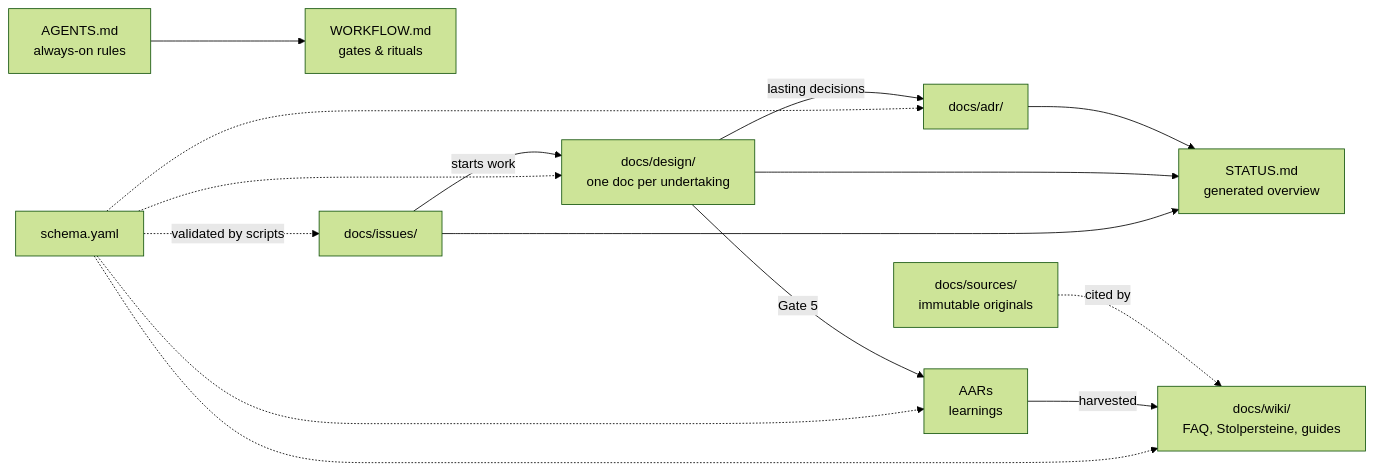
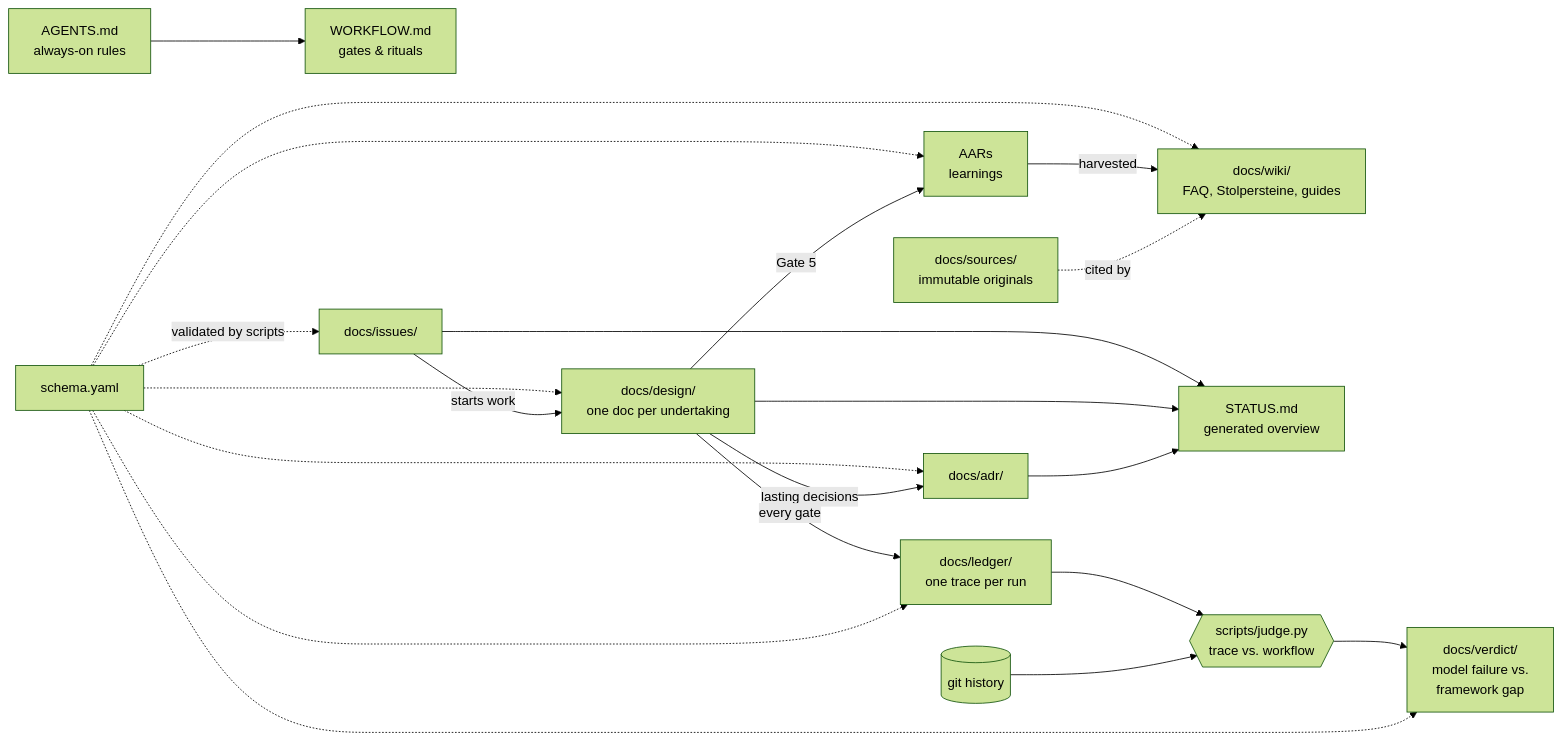
One commit to haloscope/neckbeard changed the second of 2 diagrams in README.md. Above: the diagram before and after it, drawn with Mermaid (forest theme). The commit also changed other lines of this file and 2 other files, not shown here.

````diff
--- a/README.md
+++ b/README.md
@@ -52,17 +58,23 @@
 ```mermaid
 graph LR
     AGENTS[AGENTS.md<br/>always-on rules] --> WF[WORKFLOW.md<br/>gates & rituals]
     SCHEMA[schema.yaml] -. validated by scripts .-> ISS
     SCHEMA -.-> DES
     SCHEMA -.-> ADR
     SCHEMA -.-> AAR
     SCHEMA -.-> WIKI
     ISS[docs/issues/] -- starts work --> DES[docs/design/<br/>one doc per undertaking]
     DES -- lasting decisions --> ADR[docs/adr/]
     DES -- Gate 5 --> AAR[AARs<br/>learnings]
     AAR -- harvested --> WIKI[docs/wiki/<br/>FAQ, Stolpersteine, guides]
     SRC[docs/sources/<br/>immutable originals] -. cited by .-> WIKI
     ISS --> STATUS[STATUS.md<br/>generated overview]
     DES --> STATUS
     ADR --> STATUS
+    DES -- every gate --> LED[docs/ledger/<br/>one trace per run]
+    LED --> JUDGE{{scripts/judge.py<br/>trace vs. workflow}}
+    GIT[(git history)] --> JUDGE
+    JUDGE --> VER[docs/verdict/<br/>model failure vs.<br/>framework gap]
+    SCHEMA -.-> LED
+    SCHEMA -.-> VER
 ```
````
